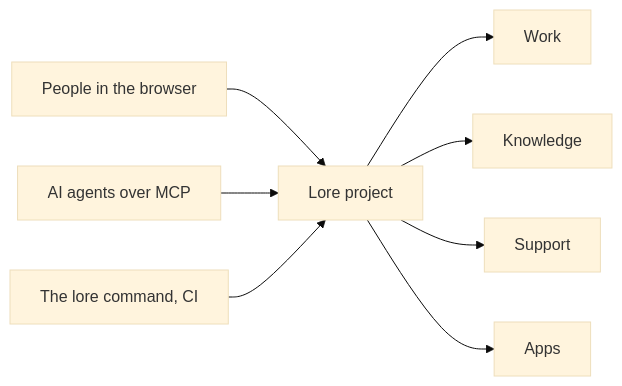
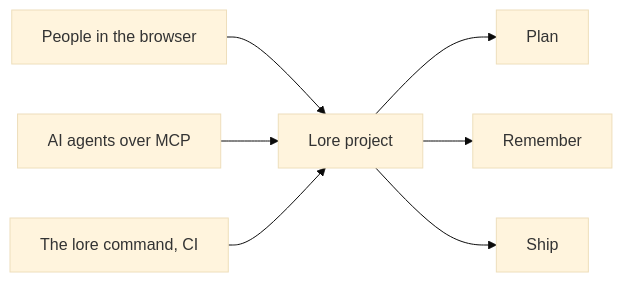
The diagram in lore/docs/1-start/1-introduction.md (alepha-dev/alepha), drawn with Mermaid (base theme) before and after one commit. The commit also changed other lines of this file and 54 other files, not shown here.

Commit message:
docs(lore): the guides' folders and slugs are plan, remember, ship; feedback moves under plan; three capabilities described #E143 #Q3504

````diff
--- a/lore/docs/1-start/1-introduction.md
+++ b/lore/docs/1-start/1-introduction.md
@@ -38,10 +38,9 @@
 ```mermaid
 flowchart LR
   People[People in the browser] --> Project[Lore project]
   Agents[AI agents over MCP] --> Project
   CLI[The lore command, CI] --> Project
-  Project --> Work
-  Project --> Knowledge
-  Project --> Support
-  Project --> Apps
+  Project --> Plan
+  Project --> Remember
+  Project --> Ship
 ```
````
